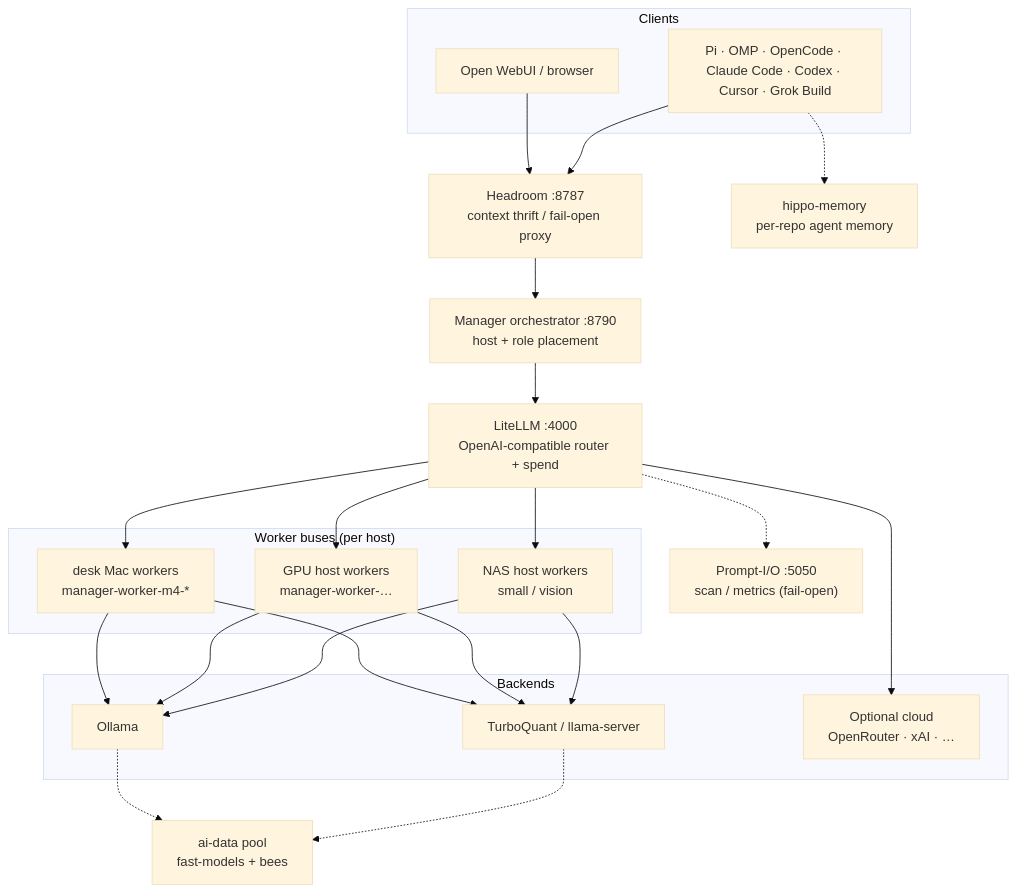
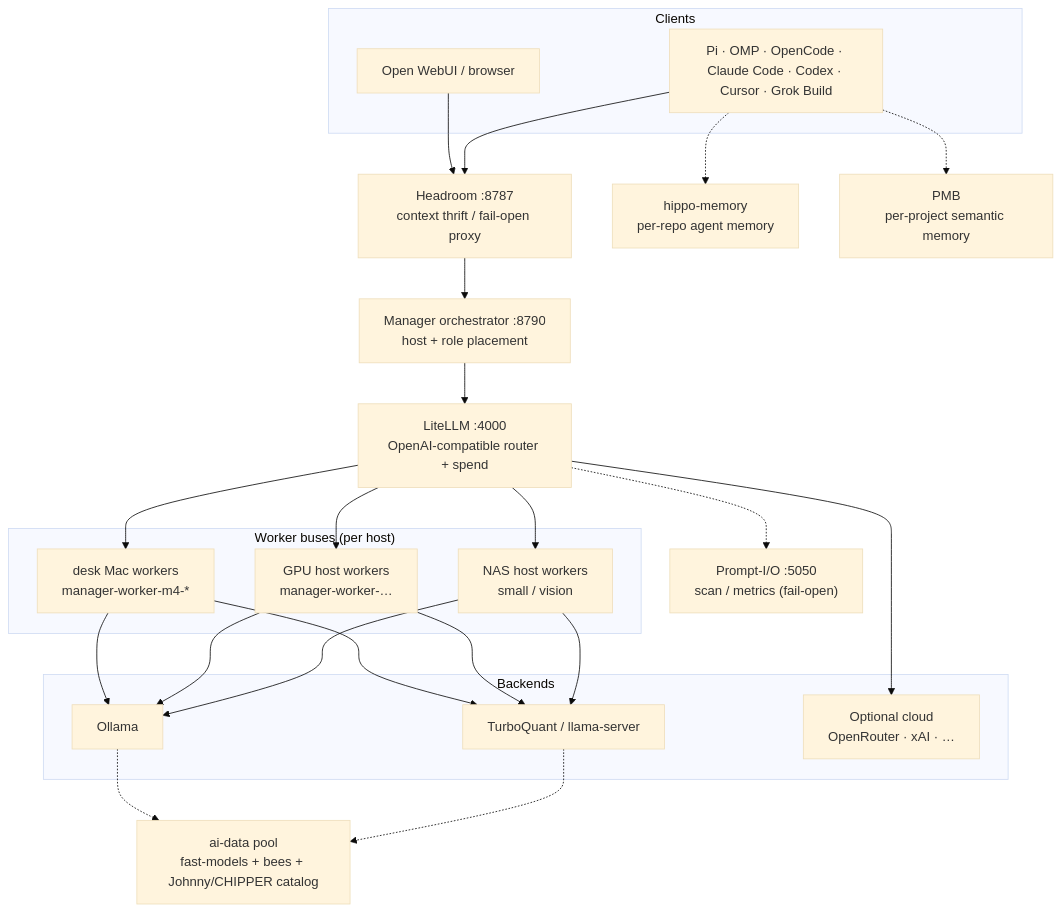
Before and after one commit to the1truedan/ai-gateway: the first of 5 diagrams in README.md, drawn with Mermaid (base theme). The commit also changed other lines of this file, not shown here.

First line of the commit message:
Document PMB, multi-CLI hippo handoff, and the model-pool custody stack

````diff
--- a/README.md
+++ b/README.md
@@ -17,38 +17,40 @@
 ```mermaid
 flowchart TB
   subgraph clients["Clients"]
     UI["Open WebUI / browser"]
     CLI["Pi · OMP · OpenCode · Claude Code · Codex · Cursor · Grok Build"]
   end
 
   HR["Headroom :8787<br/>context thrift / fail-open proxy"]
   ORCH["Manager orchestrator :8790<br/>host + role placement"]
   LL["LiteLLM :4000<br/>OpenAI-compatible router + spend"]
 
   subgraph workers["Worker buses (per host)"]
     M4["desk Mac workers<br/>manager-worker-m4-*"]
     GPU["GPU host workers<br/>manager-worker-…"]
     NAS["NAS host workers<br/>small / vision"]
   end
 
   subgraph backends["Backends"]
     OLL["Ollama"]
     TQ["TurboQuant / llama-server"]
     CLD["Optional cloud<br/>OpenRouter · xAI · …"]
   end
 
   PIO["Prompt-I/O :5050<br/>scan / metrics (fail-open)"]
   HIP["hippo-memory<br/>per-repo agent memory"]
-  POOL["ai-data pool<br/>fast-models + bees"]
+  PMB["PMB<br/>per-project semantic memory"]
+  POOL["ai-data pool<br/>fast-models + bees + Johnny/CHIPPER catalog"]
 
   UI --> HR
   CLI --> HR
   HR --> ORCH
   ORCH --> LL
   LL --> M4 & GPU & NAS
   M4 & GPU & NAS --> OLL & TQ
   LL --> CLD
   LL -.-> PIO
   CLI -.-> HIP
+  CLI -.-> PMB
   OLL & TQ -.-> POOL
 ```
````
